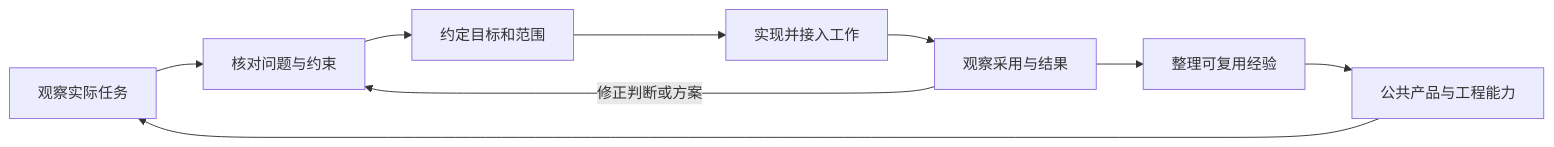
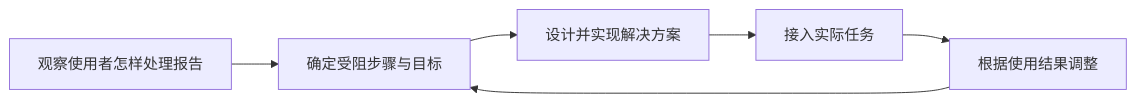
The diagram in content/delivery-engineering/fde-01-foundations.md (TwoEggDu/twoegg-tech-stack), drawn with Mermaid before and after one commit. The commit also changed other lines of this file and 38 other files, not shown here.

````diff
--- a/content/delivery-engineering/fde-01-foundations.md
+++ b/content/delivery-engineering/fde-01-foundations.md
@@ -70,11 +47,8 @@
 ```mermaid
 flowchart LR
-    A[观察实际任务] --> B[核对问题与约束]
-    B --> C[约定目标和范围]
-    C --> D[实现并接入工作]
-    D --> E[观察采用与结果]
-    E -->|修正判断或方案| B
-    E --> F[整理可复用经验]
-    F --> G[公共产品与工程能力]
-    G --> A
+    A[观察使用者怎样处理报告] --> B[确定受阻步骤与目标]
+    B --> C[设计并实现解决方案]
+    C --> D[接入实际任务]
+    D --> E[根据使用结果调整]
+    E --> B
 ```
````
